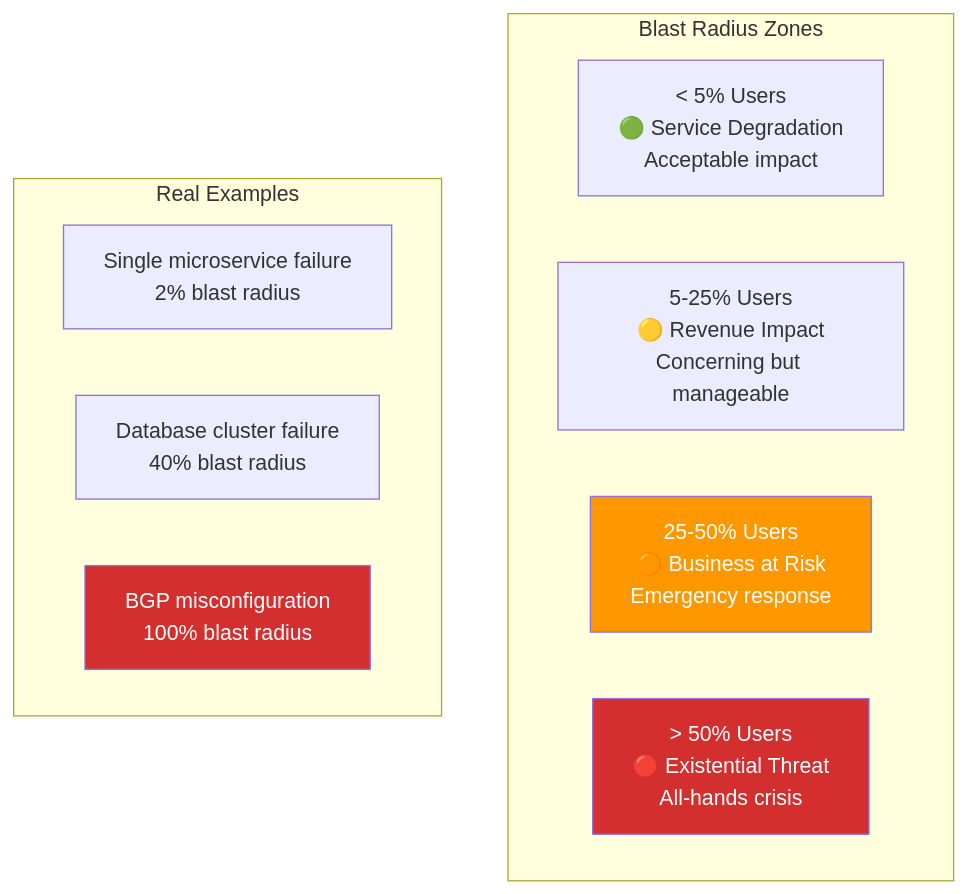
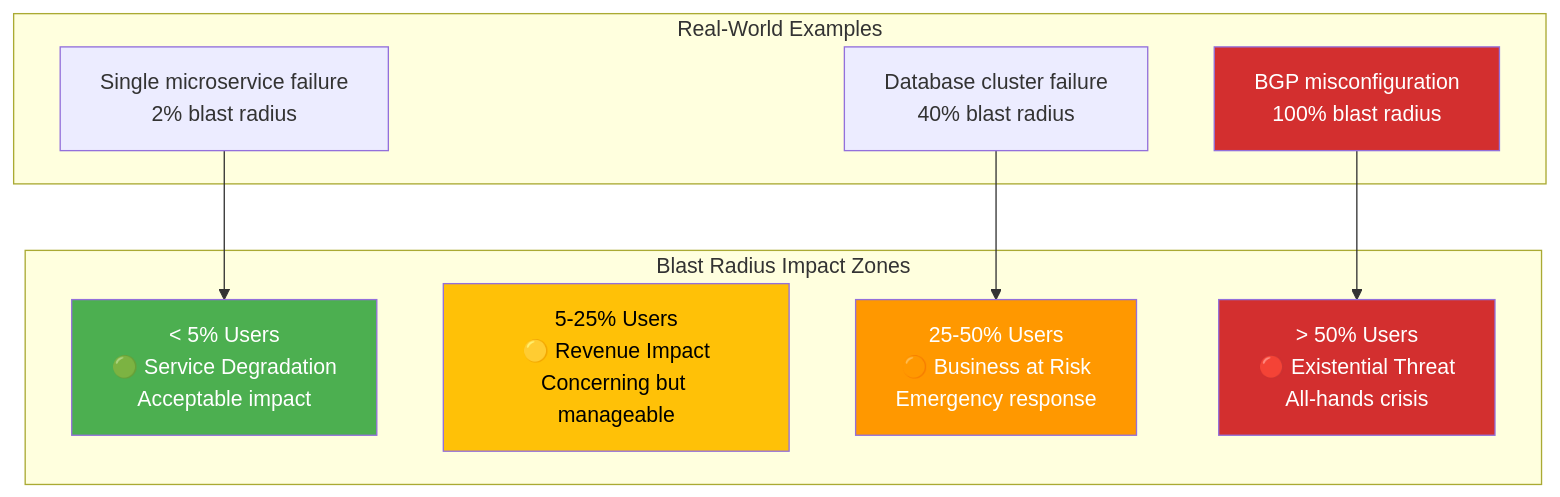
Before and after one commit to deepaucksharma/DStudio: the third of 6 diagrams in docs/core-principles/laws/correlated-failure.md, drawn with Mermaid. The commit also changed other lines of this file, not shown here.

Commit message:
Fix MLU-3 blast radius diagram rendering in correlated failure law

````diff
--- a/docs/core-principles/laws/correlated-failure.md
+++ b/docs/core-principles/laws/correlated-failure.md
@@ -211,19 +219,25 @@
 ```mermaid
-graph TB
-    subgraph "Blast Radius Zones"
-        BR1["< 5% Users<br/>🟢 Service Degradation<br/>Acceptable impact"]
-        BR2["5-25% Users<br/>🟡 Revenue Impact<br/>Concerning but manageable"]
-        BR3["25-50% Users<br/>🟠 Business at Risk<br/>Emergency response"]
-        BR4["> 50% Users<br/>🔴 Existential Threat<br/>All-hands crisis"]
+flowchart TB
+    subgraph zones ["Blast Radius Impact Zones"]
+        green["< 5% Users<br/>🟢 Service Degradation<br/>Acceptable impact"]
+        yellow["5-25% Users<br/>🟡 Revenue Impact<br/>Concerning but manageable"]
+        orange["25-50% Users<br/>🟠 Business at Risk<br/>Emergency response"]
+        red["> 50% Users<br/>🔴 Existential Threat<br/>All-hands crisis"]
     end
     
-    subgraph "Real Examples"
-        EX1["Single microservice failure<br/>2% blast radius"]
-        EX2["Database cluster failure<br/>40% blast radius"]
-        EX3["BGP misconfiguration<br/>100% blast radius"]
+    subgraph examples ["Real-World Examples"]
+        micro["Single microservice failure<br/>2% blast radius"]
+        database["Database cluster failure<br/>40% blast radius"]
+        bgp["BGP misconfiguration<br/>100% blast radius"]
     end
     
-    style BR4 fill:#d32f2f,color:#fff
-    style BR3 fill:#ff9800,color:#fff
-    style EX3 fill:#d32f2f,color:#fff
+    micro --> green
+    database --> orange
+    bgp --> red
+    
+    style green fill:#4caf50,color:#fff
+    style yellow fill:#ffc107,color:#000
+    style orange fill:#ff9800,color:#fff
+    style red fill:#d32f2f,color:#fff
+    style bgp fill:#d32f2f,color:#fff
 ```
````
